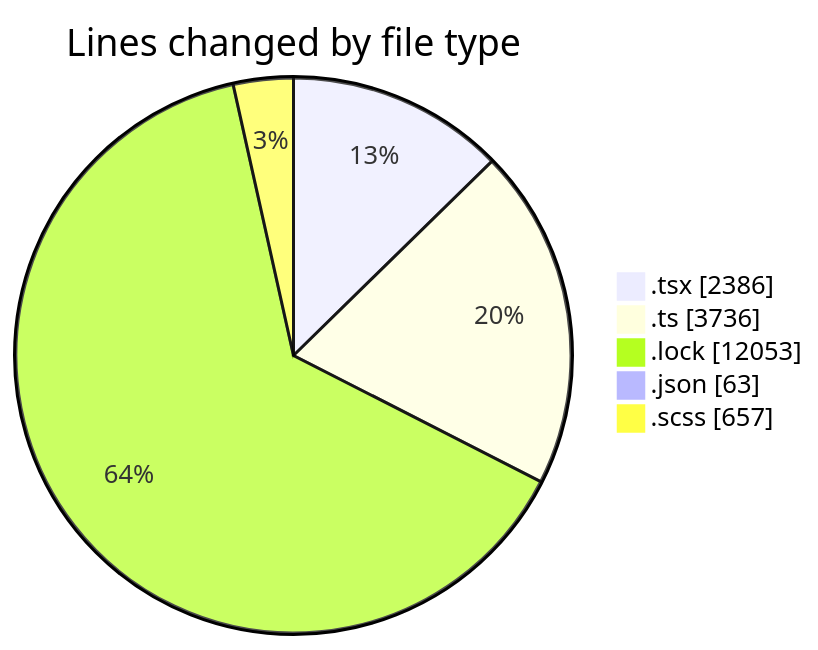
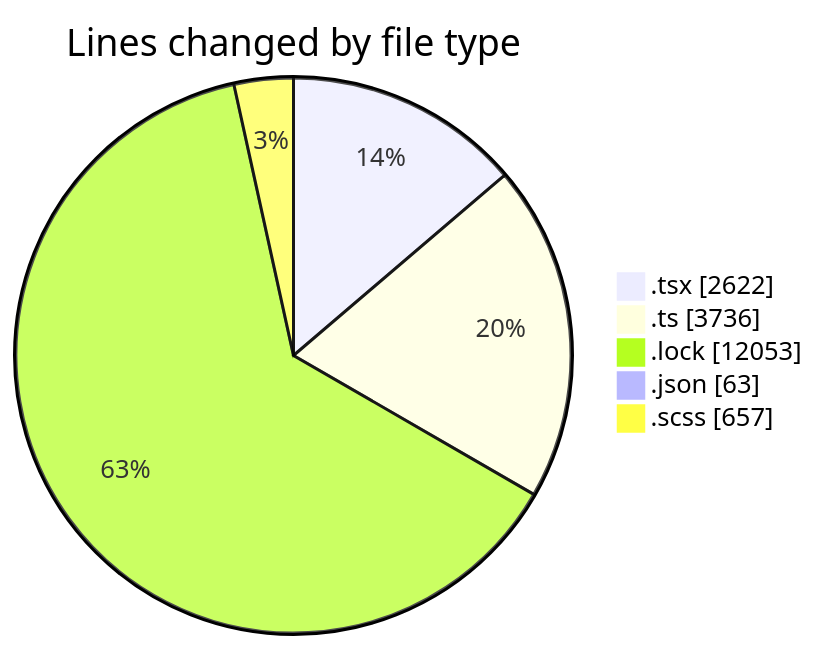
One commit to momahboobian/code-tracking changed the first of 2 diagrams in 2025-12-03/cda/README.md. Above: the diagram before and after it, drawn with Mermaid. The commit also changed other lines of this file and 1 other file, not shown here.

````diff
--- a/2025-12-03/cda/README.md
+++ b/2025-12-03/cda/README.md
@@ -30,9 +30,9 @@
 ```mermaid
 pie showData
 title Lines changed by file type
-".tsx" : 2386
+".tsx" : 2622
 ".ts" : 3736
 ".lock" : 12053
 ".json" : 63
 ".scss" : 657
 ```
````
